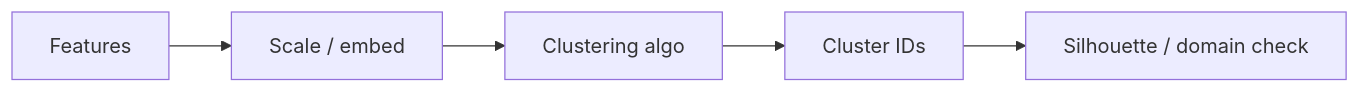
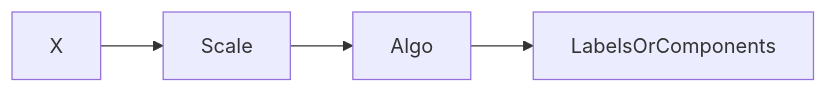
The diagram in domains/machine-learning/unsupervised-learning/01-clustering.md (abdulsamad183/ai-engineering-playbook), drawn with Mermaid before and after one commit. The commit also changed other lines of this file and 203 other files, not shown here.

````diff
--- a/domains/machine-learning/unsupervised-learning/01-clustering.md
+++ b/domains/machine-learning/unsupervised-learning/01-clustering.md
@@ -28,7 +91,4 @@
 ```mermaid
 flowchart LR
-  X[Features] --> Scale[Scale / embed]
-  Scale --> Algo[Clustering algo]
-  Algo --> Labels[Cluster IDs]
-  Labels --> Check[Silhouette / domain check]
+  X --> Scale --> Algo --> LabelsOrComponents
 ```
````
